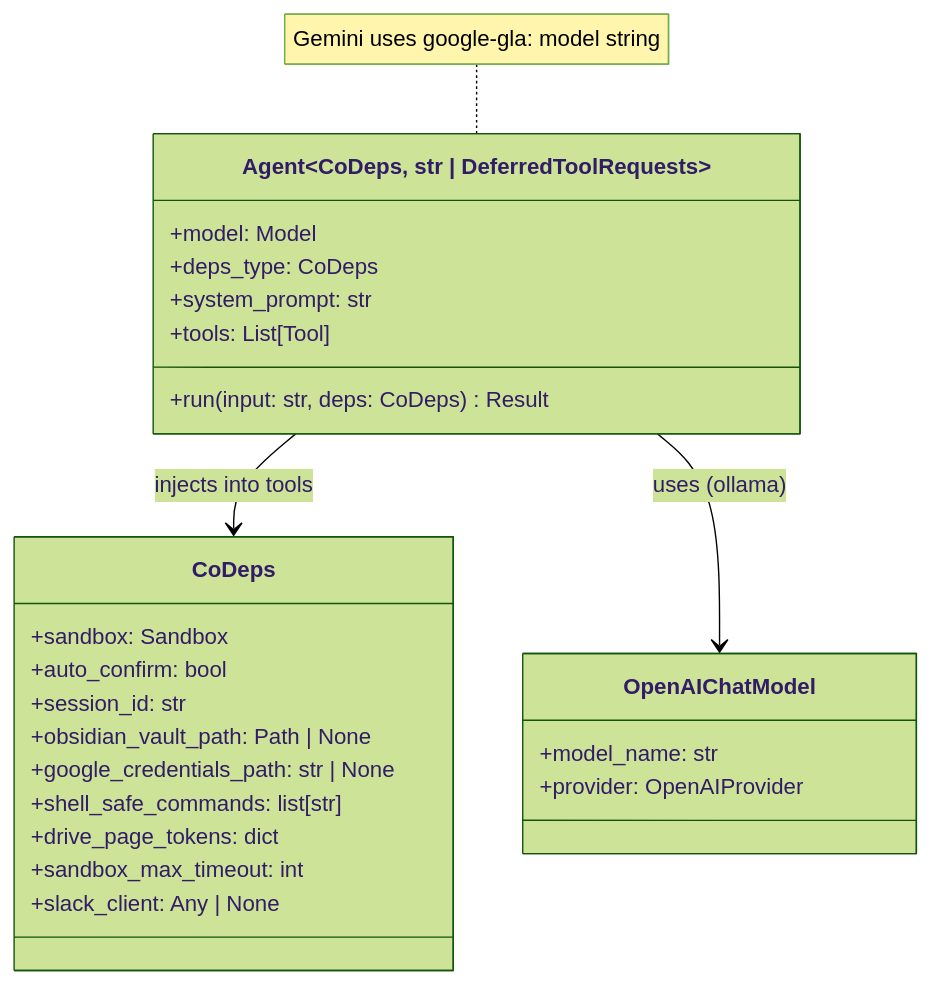
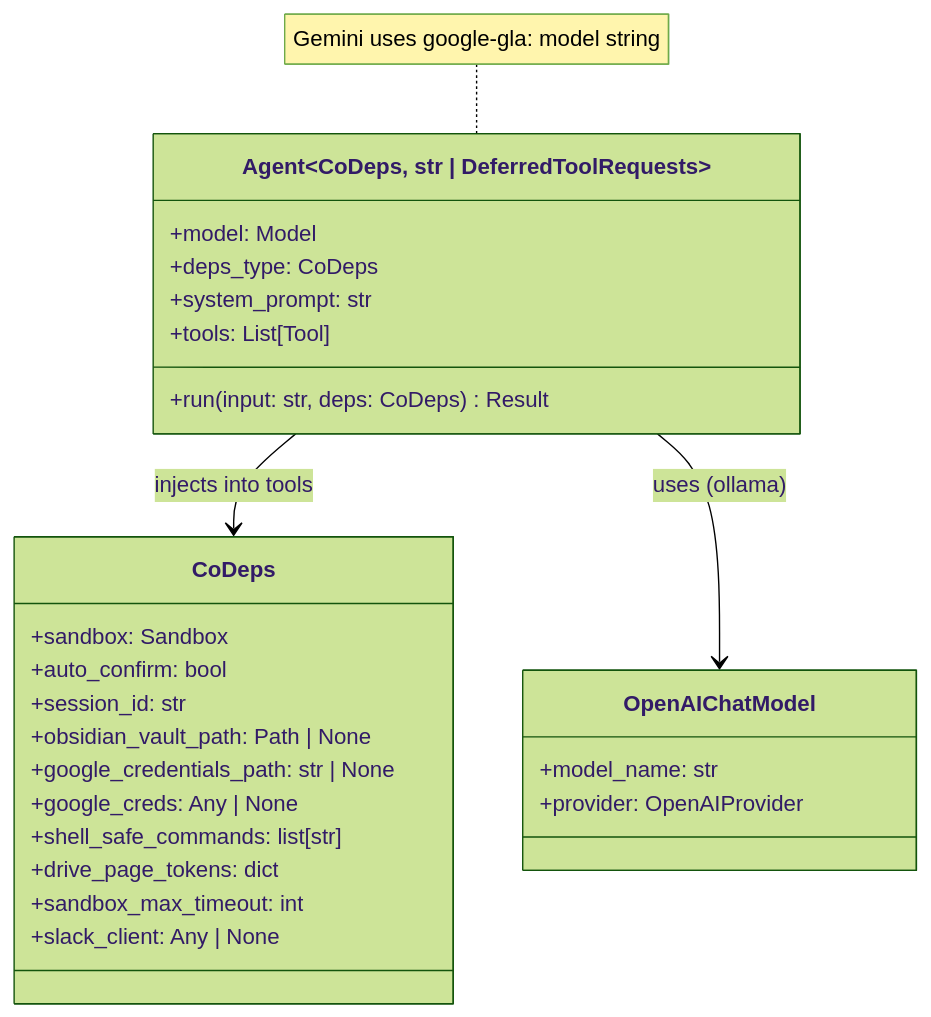
Before and after one commit to binlecode/co-cli: the fifth of 15 diagrams in docs/DESIGN-co-cli.md, drawn with Mermaid (forest theme). The commit also changed other lines of this file and 19 other files, not shown here.

````diff
--- a/docs/DESIGN-co-cli.md
+++ b/docs/DESIGN-co-cli.md
@@ -209,31 +209,32 @@
 ```mermaid
 classDiagram
     class Agent~CoDeps, str | DeferredToolRequests~ {
         +model: Model
         +deps_type: CoDeps
         +system_prompt: str
         +tools: List[Tool]
         +run(input: str, deps: CoDeps) Result
     }
 
     class CoDeps {
         +sandbox: Sandbox
         +auto_confirm: bool
         +session_id: str
         +obsidian_vault_path: Path | None
         +google_credentials_path: str | None
+        +google_creds: Any | None
         +shell_safe_commands: list[str]
         +drive_page_tokens: dict
         +sandbox_max_timeout: int
         +slack_client: Any | None
     }
 
     class OpenAIChatModel {
         +model_name: str
         +provider: OpenAIProvider
     }
 
     Agent --> CoDeps : injects into tools
     Agent --> OpenAIChatModel : uses (ollama)
     note for Agent "Gemini uses google-gla: model string"
 ```
````
